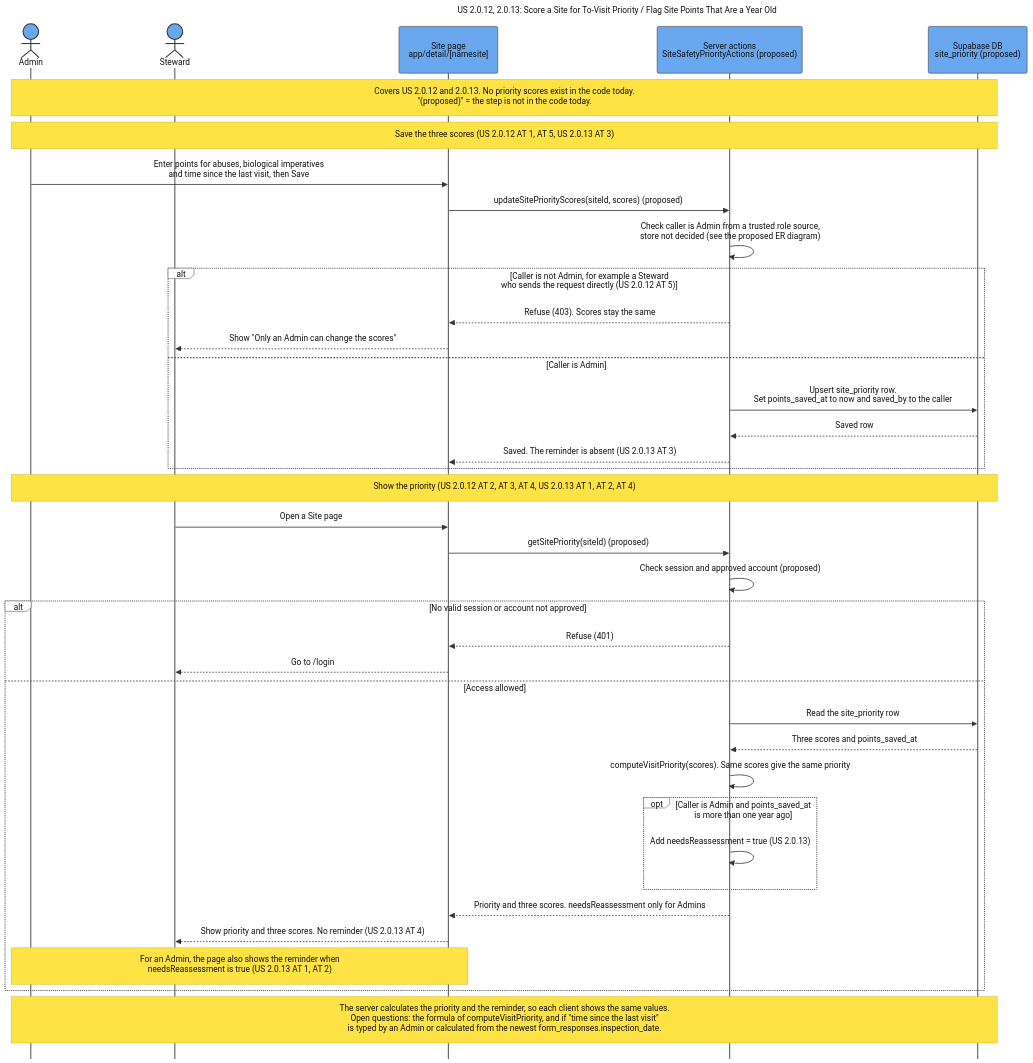
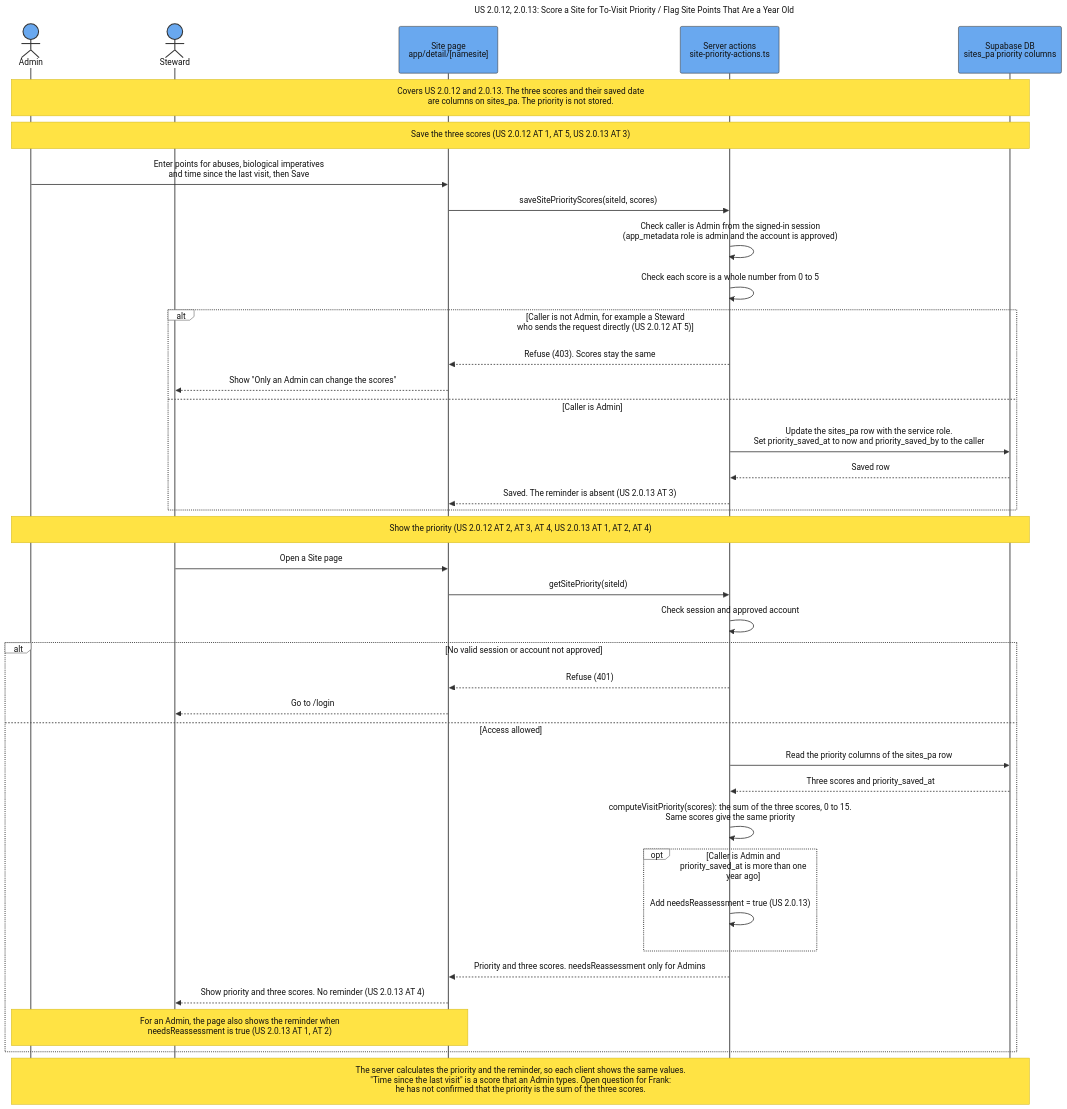
Before and after one commit to SAPAA-Dev/W26Project-SAPAA-Dev-Team: the diagram in docs/assets/Sequence_US_2_0_12_2_0_13_Site_Priority_Score.mmd, drawn with Mermaid. The commit also changed 214 other files, not shown here.

```diff
--- a/docs/assets/Sequence_US_2_0_12_2_0_13_Site_Priority_Score.mmd
+++ b/docs/assets/Sequence_US_2_0_12_2_0_13_Site_Priority_Score.mmd
@@ -1,84 +1,85 @@
 ---
 title: "US 2.0.12, 2.0.13: Score a Site for To-Visit Priority / Flag Site Points That Are a Year Old"
 config:
   theme: base
   sequence:
     actorMargin: 75
     boxMargin: 12
     diagramMarginX: 45
     diagramMarginY: 30
     messageMargin: 40
     noteMargin: 16
     mirrorActors: false
     width: 190
     height: 90
   themeVariables:
     background: "#ffffff"
     primaryColor: "#69a8ef"
     primaryBorderColor: "#333333"
     primaryTextColor: "#111111"
     actorBkg: "#69a8ef"
     actorBorder: "#333333"
     actorTextColor: "#111111"
     actorLineColor: "#555555"
     signalColor: "#333333"
     signalTextColor: "#111111"
     activationBkgColor: "#cdd3db"
     activationBorderColor: "#cdd3db"
     noteBkgColor: "#ffe344"
     noteBorderColor: "#d4ba24"
     noteTextColor: "#111111"
     labelBoxBkgColor: "#ffffff"
     labelBoxBorderColor: "#555555"
     labelTextColor: "#111111"
     loopTextColor: "#111111"
     altBackground: "#ffffff"
   themeCSS: |
     .actor-line {
       stroke-dasharray: 10 10 !important;
       stroke-width: 1.25px !important;
     }
 ---
 sequenceDiagram
     autonumber off
     actor Admin
     actor Steward
     participant Page as Site page<br/>app/detail/[namesite]
-    participant Server as Server actions<br/>SiteSafetyPriorityActions (proposed)
-    participant DB as Supabase DB<br/>site_priority (proposed)
+    participant Server as Server actions<br/>site-priority-actions.ts
+    participant DB as Supabase DB<br/>sites_pa priority columns
 
-    Note over Admin,DB: Covers US 2.0.12 and 2.0.13. No priority scores exist in the code today.<br/>"(proposed)" = the step is not in the code today.
+    Note over Admin,DB: Covers US 2.0.12 and 2.0.13. The three scores and their saved date<br/>are columns on sites_pa. The priority is not stored.
 
     Note over Admin,DB: Save the three scores (US 2.0.12 AT 1, AT 5, US 2.0.13 AT 3)
     Admin->>Page: Enter points for abuses, biological imperatives<br/>and time since the last visit, then Save
-    Page->>Server: updateSitePriorityScores(siteId, scores) (proposed)
-    Server->>Server: Check caller is Admin from a trusted role source,<br/>store not decided (see the proposed ER diagram)
+    Page->>Server: saveSitePriorityScores(siteId, scores)
+    Server->>Server: Check caller is Admin from the signed-in session<br/>(app_metadata role is admin and the account is approved)
+    Server->>Server: Check each score is a whole number from 0 to 5
     alt Caller is not Admin, for example a Steward<br/>who sends the request directly (US 2.0.12 AT 5)
         Server-->>Page: Refuse (403). Scores stay the same
         Page-->>Steward: Show "Only an Admin can change the scores"
     else Caller is Admin
-        Server->>DB: Upsert site_priority row.<br/>Set points_saved_at to now and saved_by to the caller
+        Server->>DB: Update the sites_pa row with the service role.<br/>Set priority_saved_at to now and priority_saved_by to the caller
         DB-->>Server: Saved row
         Server-->>Page: Saved. The reminder is absent (US 2.0.13 AT 3)
     end
 
     Note over Admin,DB: Show the priority (US 2.0.12 AT 2, AT 3, AT 4, US 2.0.13 AT 1, AT 2, AT 4)
     Steward->>Page: Open a Site page
-    Page->>Server: getSitePriority(siteId) (proposed)
-    Server->>Server: Check session and approved account (proposed)
+    Page->>Server: getSitePriority(siteId)
+    Server->>Server: Check session and approved account
     alt No valid session or account not approved
         Server-->>Page: Refuse (401)
         Page-->>Steward: Go to /login
     else Access allowed
-        Server->>DB: Read the site_priority row
-        DB-->>Server: Three scores and points_saved_at
-        Server->>Server: computeVisitPriority(scores). Same scores give the same priority
-        opt Caller is Admin and points_saved_at is more than one year ago
+        Server->>DB: Read the priority columns of the sites_pa row
+        DB-->>Server: Three scores and priority_saved_at
+        Server->>Server: computeVisitPriority(scores): the sum of the three scores, 0 to 15.<br/>Same scores give the same priority
+        opt Caller is Admin and priority_saved_at is more than one year ago
             Server->>Server: Add needsReassessment = true (US 2.0.13)
         end
         Server-->>Page: Priority and three scores. needsReassessment only for Admins
         Page-->>Steward: Show priority and three scores. No reminder (US 2.0.13 AT 4)
         Note over Admin,Page: For an Admin, the page also shows the reminder when<br/>needsReassessment is true (US 2.0.13 AT 1, AT 2)
     end
 
-    Note over Admin,DB: The server calculates the priority and the reminder, so each client shows the same values.<br/>Open questions: the formula of computeVisitPriority, and if "time since the last visit"<br/>is typed by an Admin or calculated from the newest form_responses.inspection_date.
+    Note over Admin,DB: The server calculates the priority and the reminder, so each client shows the same values.<br/>"Time since the last visit" is a score that an Admin types. Open question for Frank:<br/>he has not confirmed that the priority is the sum of the three scores.
```
